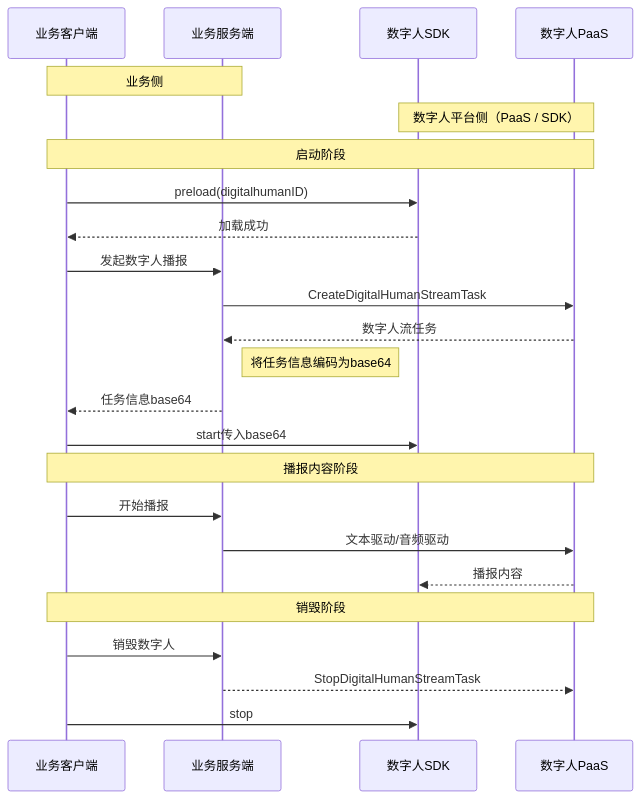
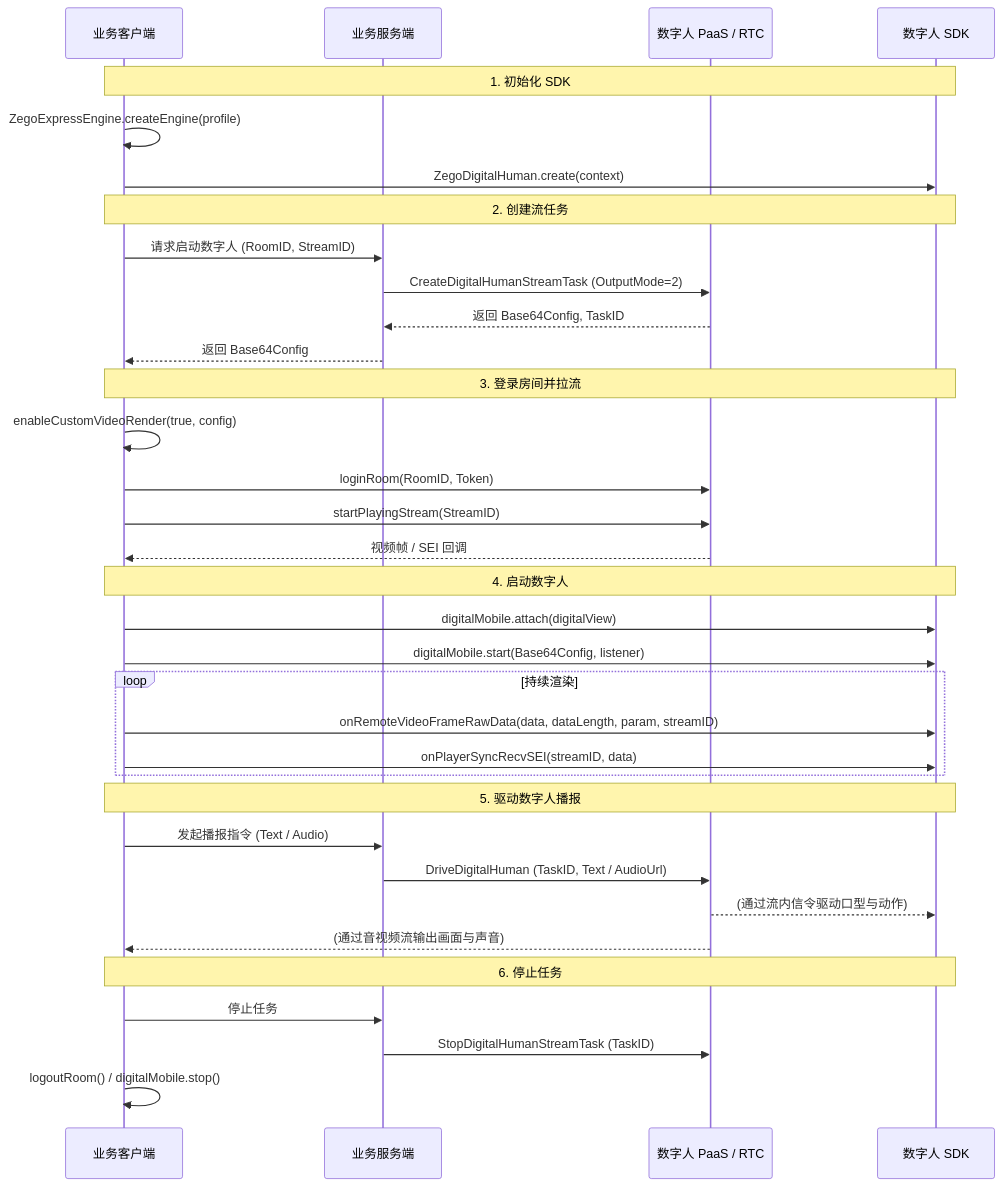
Before and after one commit to ZEGOCLOUD/docs_all: the first of 3 diagrams in core_products/digital-human/zh/android/quick-start.mdx, drawn with Mermaid. The commit also changed other lines of this file and 15 other files, not shown here.

````diff
--- a/core_products/digital-human/zh/android/quick-start.mdx
+++ b/core_products/digital-human/zh/android/quick-start.mdx
@@ -119,30 +76,42 @@
 ```mermaid
 sequenceDiagram
-    participant 业务客户端
-    participant 业务服务端
-    participant 数字人SDK
-    participant 数字人PaaS
+    participant Client as 业务客户端
+    participant Server as 业务服务端
+    participant PaaS as 数字人 PaaS / RTC
+    participant DH_SDK as 数字人 SDK
 
-    Note over 业务客户端,业务服务端: 业务侧
-    Note over 数字人SDK,数字人PaaS: 数字人平台侧（PaaS / SDK）
+    Note over Client, DH_SDK: 1. 初始化 SDK
+    Client->>Client: ZegoExpressEngine.createEngine(profile)
+    Client->>DH_SDK: ZegoDigitalHuman.create(context)
 
-    Note over 业务客户端,数字人PaaS: 启动阶段
-    业务客户端->>数字人SDK: preload(digitalhumanID)
-    数字人SDK-->>业务客户端: 加载成功
-    业务客户端->>业务服务端: 发起数字人播报
-    业务服务端->>数字人PaaS: CreateDigitalHumanStreamTask
-    数字人PaaS-->>业务服务端: 数字人流任务
-    Note right of 业务服务端: 将任务信息编码为base64
-    业务服务端-->>业务客户端: 任务信息base64
-    业务客户端->>数字人SDK: start传入base64
+    Note over Client, DH_SDK: 2. 创建流任务
+    Client->>Server: 请求启动数字人 (RoomID, StreamID)
+    Server->>PaaS: CreateDigitalHumanStreamTask (OutputMode=2)
+    PaaS-->>Server: 返回 Base64Config, TaskID
+    Server-->>Client: 返回 Base64Config
 
-    Note over 业务客户端,数字人PaaS: 播报内容阶段
-    业务客户端->>业务服务端: 开始播报
-    业务服务端->>数字人PaaS: 文本驱动/音频驱动
-    数字人PaaS-->>数字人SDK: 播报内容
+    Note over Client, DH_SDK: 3. 登录房间并拉流
+    Client->>Client: enableCustomVideoRender(true, config)
+    Client->>PaaS: loginRoom(RoomID, Token)
+    Client->>PaaS: startPlayingStream(StreamID)
+    PaaS-->>Client: 视频帧 / SEI 回调
 
-    Note over 业务客户端,数字人PaaS: 销毁阶段
-    业务客户端->>业务服务端: 销毁数字人
-    业务服务端-->>数字人PaaS: StopDigitalHumanStreamTask
-    业务客户端->>数字人SDK: stop
+    Note over Client, DH_SDK: 4. 启动数字人
+    Client->>DH_SDK: digitalMobile.attach(digitalView)
+    Client->>DH_SDK: digitalMobile.start(Base64Config, listener)
+    loop 持续渲染
+        Client->>DH_SDK: onRemoteVideoFrameRawData(data, dataLength, param, streamID)
+        Client->>DH_SDK: onPlayerSyncRecvSEI(streamID, data)
+    end
+
+    Note over Client, DH_SDK: 5. 驱动数字人播报
+    Client->>Server: 发起播报指令 (Text / Audio)
+    Server->>PaaS: DriveDigitalHuman (TaskID, Text / AudioUrl)
+    PaaS-->>DH_SDK: (通过流内信令驱动口型与动作)
+    PaaS-->>Client: (通过音视频流输出画面与声音)
+
+    Note over Client, DH_SDK: 6. 停止任务
+    Client->>Server: 停止任务
+    Server->>PaaS: StopDigitalHumanStreamTask (TaskID)
+    Client->>Client: logoutRoom() / digitalMobile.stop()
 ```
````
